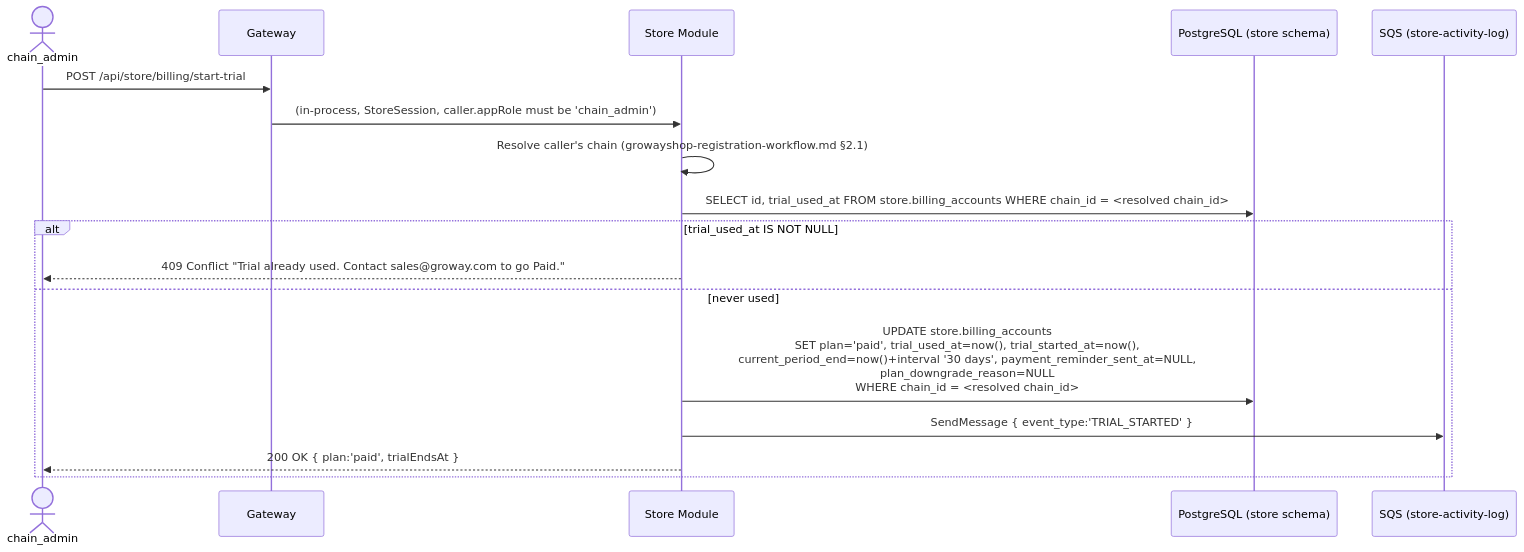
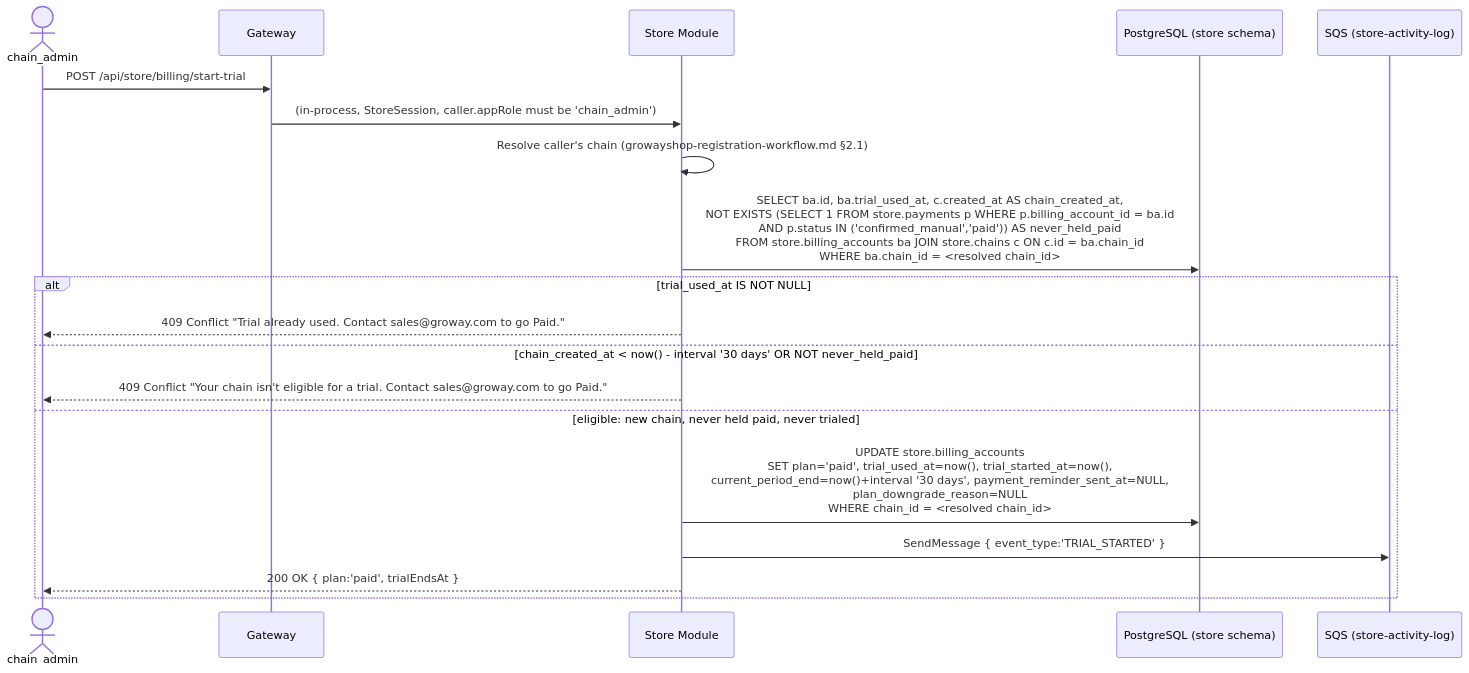
The first of 5 diagrams in usercasestudy/groway-billing-workflow.md (szhanggit/appointmentsystemdesign), drawn with Mermaid before and after one commit. The commit also changed other lines of this file and 18 other files, not shown here.

````diff
--- a/usercasestudy/groway-billing-workflow.md
+++ b/usercasestudy/groway-billing-workflow.md
@@ -64,20 +64,22 @@
 ```mermaid
 sequenceDiagram
     actor CA as chain_admin
     participant GW as Gateway
     participant SM as Store Module
     participant DB as PostgreSQL (store schema)
     participant SQSQ as SQS (store-activity-log)
 
     CA->>GW: POST /api/store/billing/start-trial
     GW->>SM: (in-process, StoreSession, caller.appRole must be 'chain_admin')
     SM->>SM: Resolve caller's chain (growayshop-registration-workflow.md §2.1)
-    SM->>DB: SELECT id, trial_used_at FROM store.billing_accounts WHERE chain_id = <resolved chain_id>
+    SM->>DB: SELECT ba.id, ba.trial_used_at, c.created_at AS chain_created_at,<br/>NOT EXISTS (SELECT 1 FROM store.payments p WHERE p.billing_account_id = ba.id<br/>AND p.status IN ('confirmed_manual','paid')) AS never_held_paid<br/>FROM store.billing_accounts ba JOIN store.chains c ON c.id = ba.chain_id<br/>WHERE ba.chain_id = <resolved chain_id>
     alt trial_used_at IS NOT NULL
         SM-->>CA: 409 Conflict "Trial already used. Contact sales@groway.com to go Paid."
-    else never used
+    else chain_created_at < now() - interval '30 days' OR NOT never_held_paid
+        SM-->>CA: 409 Conflict "Your chain isn't eligible for a trial. Contact sales@groway.com to go Paid."
+    else eligible: new chain, never held paid, never trialed
         SM->>DB: UPDATE store.billing_accounts<br/>SET plan='paid', trial_used_at=now(), trial_started_at=now(),<br/>current_period_end=now()+interval '30 days', payment_reminder_sent_at=NULL,<br/>plan_downgrade_reason=NULL<br/>WHERE chain_id = <resolved chain_id>
         SM->>SQSQ: SendMessage { event_type:'TRIAL_STARTED' }
         SM-->>CA: 200 OK { plan:'paid', trialEndsAt }
     end
 ```
````
